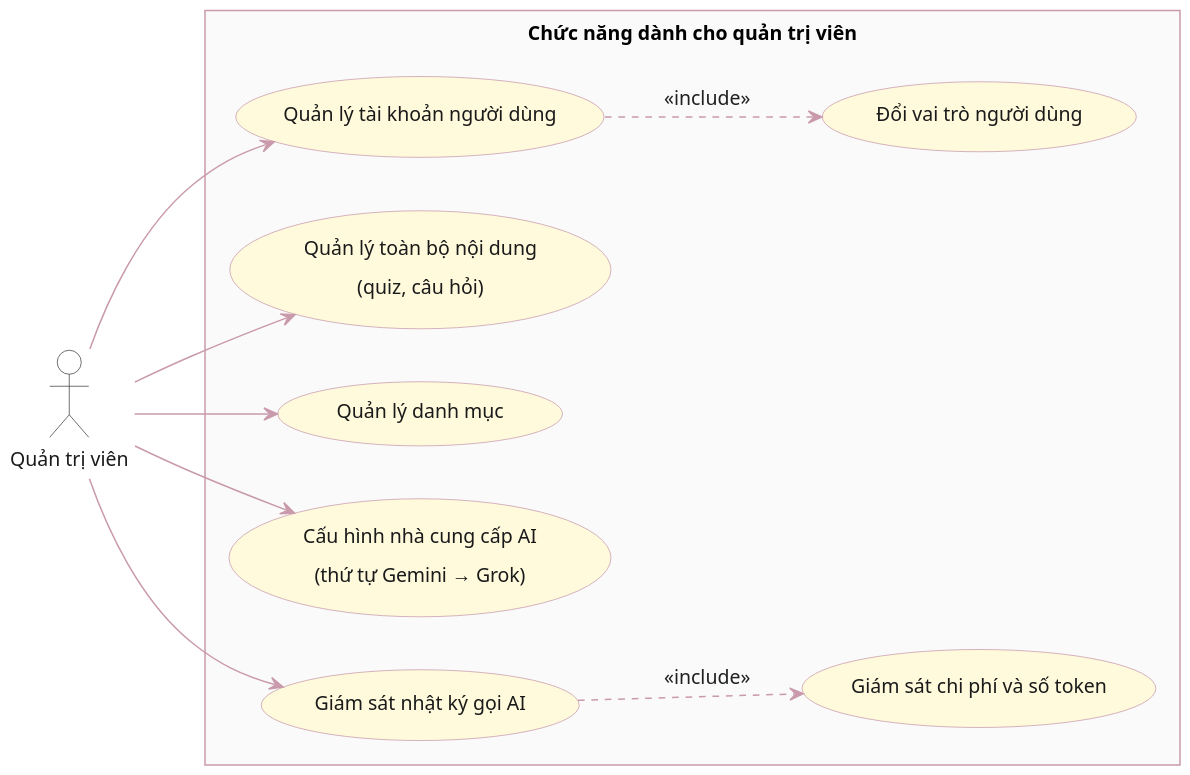
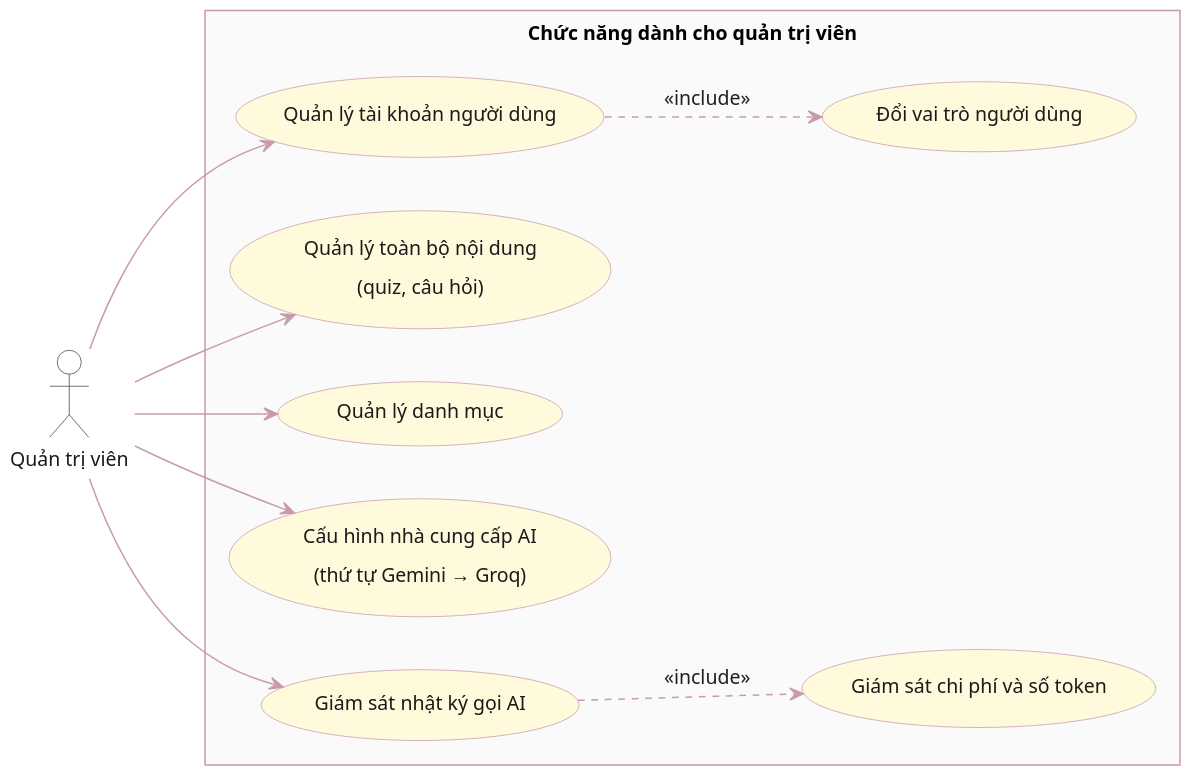
Before and after one commit to NguyenDuc2004/QUIZ-TRIVIA: the diagram in bao-cao-datn/build/diagrams/hinh-2.5.puml, drawn with PlantUML. The commit also changed 19 other files, not shown here.

```diff
--- a/bao-cao-datn/build/diagrams/hinh-2.5.puml
+++ b/bao-cao-datn/build/diagrams/hinh-2.5.puml
@@ -1,84 +1,84 @@
 @startuml
 
 skinparam dpi 150
 skinparam defaultFontName "Times New Roman"
 skinparam defaultFontSize 13
 skinparam shadowing false
 skinparam roundCorner 0
 skinparam ArrowColor #C99AAB
 skinparam ArrowFontColor #202020
 skinparam Padding 4
 skinparam ParticipantPadding 18
 skinparam BoxPadding 8
 skinparam SequenceMessageAlign center
 skinparam guillemet false
 
 skinparam usecase {
   BackgroundColor #FFFADC
   BorderColor #C99AAB
   FontColor #1a1a1a
 }
 skinparam actor {
   BackgroundColor #FFFFFF
   BorderColor #404040
   FontColor #1a1a1a
 }
 skinparam rectangle {
   BackgroundColor #FAFAFA
   BorderColor #808080
 }
 
 skinparam sequence {
   ArrowColor #C99AAB
   ArrowThickness 1
   LifeLineBorderColor #C99AAB
   LifeLineBackgroundColor #FFFFFF
   ParticipantBackgroundColor #FFFADC
   ParticipantBorderColor #C99AAB
   ParticipantFontColor #1a1a1a
   ParticipantFontSize 12
   ActorBackgroundColor #FFFFFF
   ActorBorderColor #404040
   GroupBorderColor #C99AAB
   GroupBackgroundColor #FFF5F8
   BoxBorderColor #C99AAB
 }
 
 skinparam class {
   BackgroundColor #FFFADC
   BorderColor #C99AAB
   HeaderBackgroundColor #FFEFC4
   AttributeFontColor #1a1a1a
   FontColor #1a1a1a
   ArrowColor #C99AAB
   AttributeFontSize 12
   FontSize 13
 }
 skinparam stereotype {
   CBackgroundColor #FFF1A8
   CBorderColor #C99AAB
   EBackgroundColor #FFF1A8
   EBorderColor #C99AAB
   ABackgroundColor #FFF1A8
   ABorderColor #C99AAB
 }
 
 left to right direction
 actor "Quản trị viên" as A
 rectangle "Chức năng dành cho quản trị viên" {
   usecase "Quản lý tài khoản người dùng" as U1
   usecase "Đổi vai trò người dùng" as U2
   usecase "Quản lý toàn bộ nội dung\n(quiz, câu hỏi)" as U3
   usecase "Quản lý danh mục" as U4
-  usecase "Cấu hình nhà cung cấp AI\n(thứ tự Gemini → Grok)" as U5
+  usecase "Cấu hình nhà cung cấp AI\n(thứ tự Gemini → Groq)" as U5
   usecase "Giám sát nhật ký gọi AI" as U6
   usecase "Giám sát chi phí và số token" as U7
 }
 A --> U1
 A --> U3
 A --> U4
 A --> U5
 A --> U6
 U1 ..> U2 : <<include>>
 U6 ..> U7 : <<include>>
 @enduml
```
